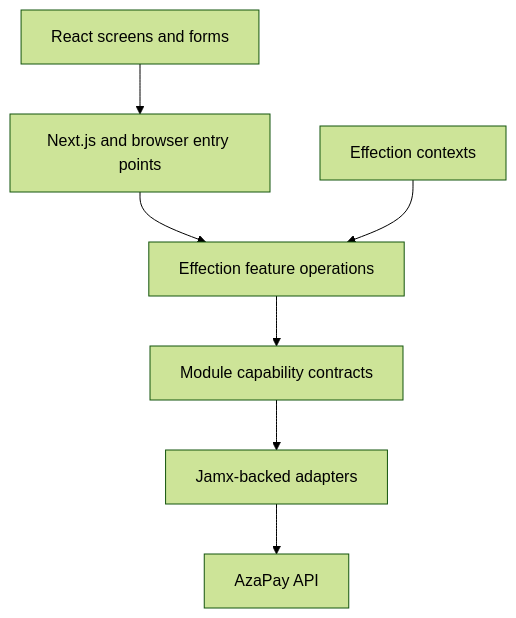
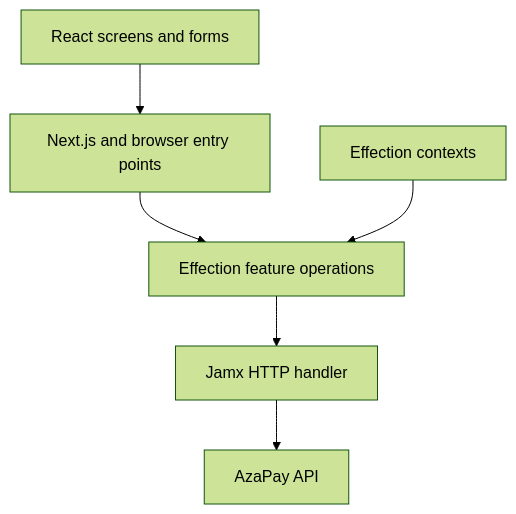
The second of 2 diagrams in docs/architecture/README.md (Attuce/Azapay-Frontend), drawn with Mermaid (forest theme) before and after one commit. The commit also changed other lines of this file and 52 other files, not shown here.

````diff
--- a/docs/architecture/README.md
+++ b/docs/architecture/README.md
@@ -70,9 +78,8 @@
 ```mermaid
 flowchart TB
   UI[React screens and forms] --> Entry[Next.js and browser entry points]
   Entry --> Ops[Effection feature operations]
-  Ops --> Contracts[Module capability contracts]
-  Contracts --> Adapters[Jamx-backed adapters]
-  Adapters --> API[AzaPay API]
+  Ops --> Jamx[Jamx HTTP handler]
+  Jamx --> API[AzaPay API]
   Context[Effection contexts] --> Ops
 ```
````
